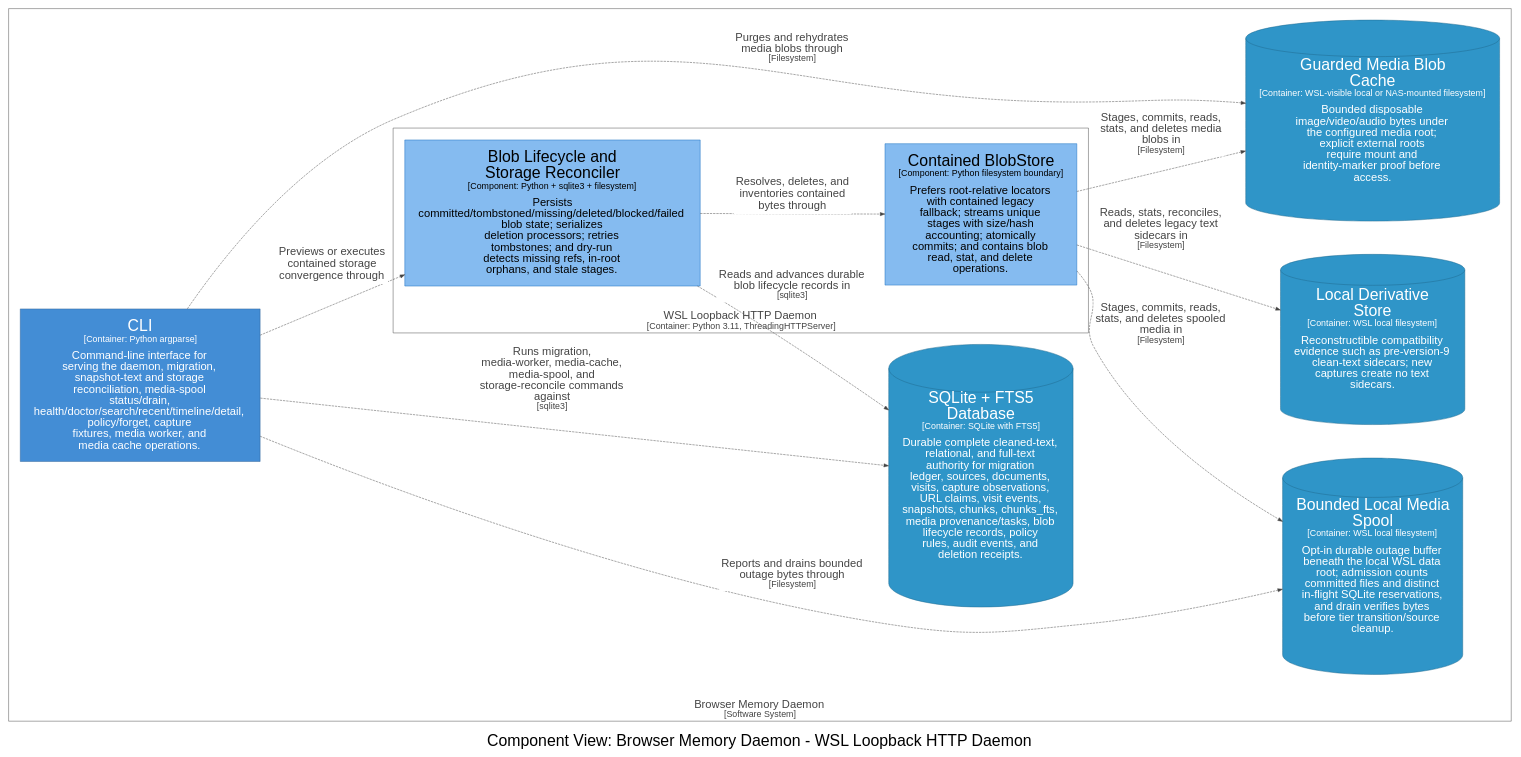
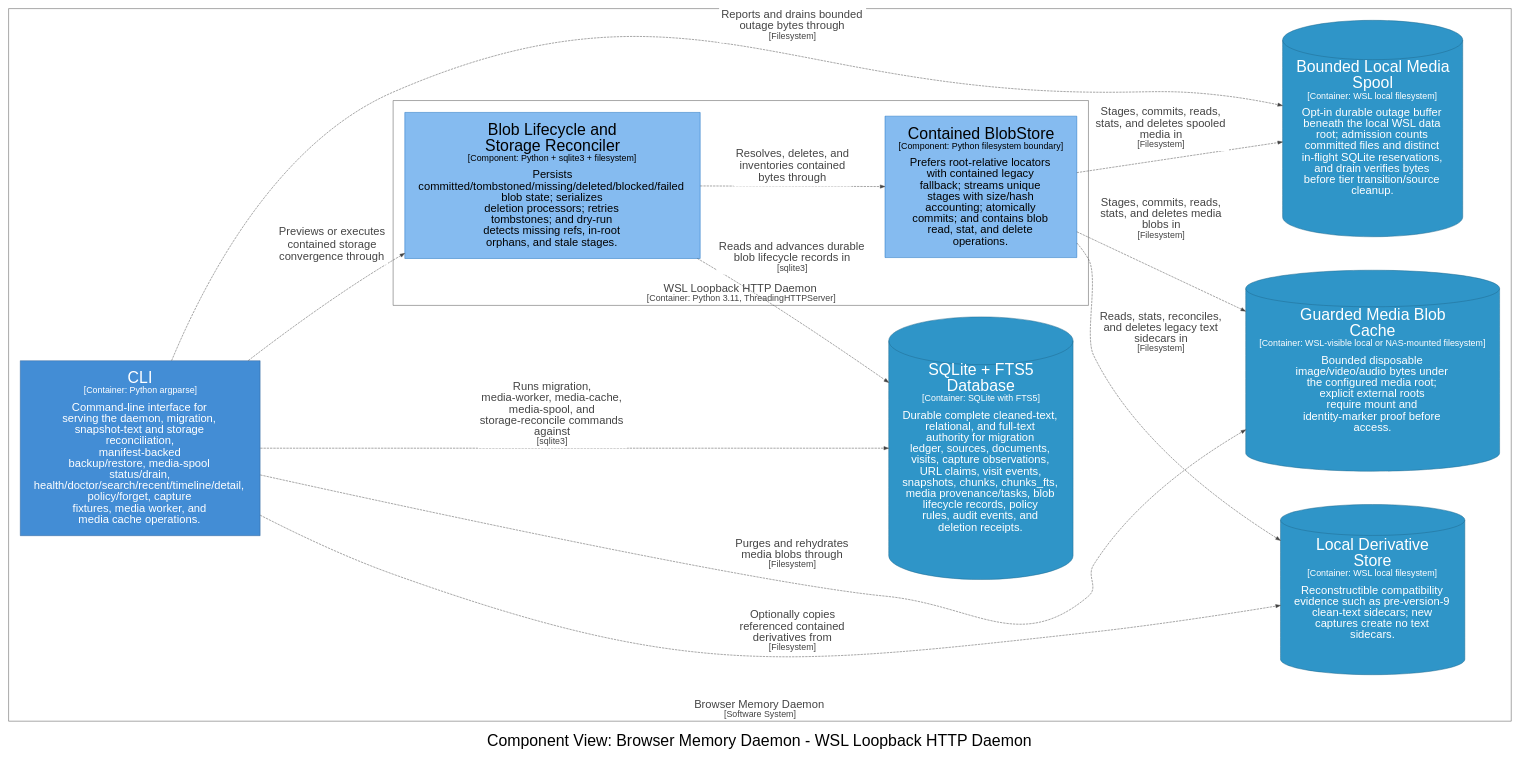
Before and after one commit to michaelnicks0/browser-memory-daemon: the diagram in docs/architecture/diagrams/dot/structurizr-DaemonStorageReconcileComponents.dot, drawn with Graphviz. The commit also changed 153 other files, not shown here.

Commit message:
feat(ops): add manifest-backed backup and restore

```diff
--- a/docs/architecture/diagrams/dot/structurizr-DaemonStorageReconcileComponents.dot
+++ b/docs/architecture/diagrams/dot/structurizr-DaemonStorageReconcileComponents.dot
@@ -1,45 +1,46 @@
 digraph {
   compound=true
   graph [fontname="Arial", rankdir=LR, ranksep=1.0, nodesep=1.0]
   node [fontname="Arial", shape=box, margin="0.4,0.3"]
   edge [fontname="Arial"]
   label=<<br /><font point-size="34">Component View: Browser Memory Daemon - WSL Loopback HTTP Daemon</font>>
 
   subgraph cluster_4 {
     margin=25
     label=<<font point-size="24"><br />Browser Memory Daemon</font><br /><font point-size="19">[Software System]</font>>
     labelloc=b
     color="#444444"
     fontcolor="#444444"
     fillcolor="#444444"
 
     subgraph cluster_14 {
       margin=25
       label=<<font point-size="24"><br />WSL Loopback HTTP Daemon</font><br /><font point-size="19">[Container: Python 3.11, ThreadingHTTPServer]</font>>
       labelloc=b
       color="#444444"
       fontcolor="#444444"
       fillcolor="#444444"
 
       22 [id=22,shape=rect, label=<<font point-size="34">Contained BlobStore</font><br /><font point-size="19">[Component: Python filesystem boundary]</font><br /><br /><font point-size="24">Prefers root-relative locators<br />with contained legacy<br />fallback; streams unique<br />stages with size/hash<br />accounting; atomically<br />commits; and contains blob<br />read, stat, and delete<br />operations.</font>>, style=filled, color="#1168bd", fillcolor="#85bbf0", fontcolor="#000000"]
       23 [id=23,shape=rect, label=<<font point-size="34">Blob Lifecycle and<br />Storage Reconciler</font><br /><font point-size="19">[Component: Python + sqlite3 + filesystem]</font><br /><br /><font point-size="24">Persists<br />committed/tombstoned/missing/deleted/blocked/failed<br />blob state; serializes<br />deletion processors; retries<br />tombstones; and dry-run<br />detects missing refs, in-root<br />orphans, and stale stages.</font>>, style=filled, color="#1168bd", fillcolor="#85bbf0", fontcolor="#000000"]
     }
 
-    29 [id=29,shape=rect, label=<<font point-size="34">CLI</font><br /><font point-size="19">[Container: Python argparse]</font><br /><br /><font point-size="24">Command-line interface for<br />serving the daemon, migration,<br />snapshot-text and storage<br />reconciliation, media-spool<br />status/drain,<br />health/doctor/search/recent/timeline/detail,<br />policy/forget, capture<br />fixtures, media worker, and<br />media cache operations.</font>>, style=filled, color="#2e6295", fillcolor="#438dd5", fontcolor="#ffffff"]
-    30 [id=30,shape=cylinder, label=<<font point-size="34">SQLite + FTS5<br />Database</font><br /><font point-size="19">[Container: SQLite with FTS5]</font><br /><br /><font point-size="24">Durable complete cleaned-text,<br />relational, and full-text<br />authority for migration<br />ledger, sources, documents,<br />visits, capture observations,<br />URL claims, visit events,<br />snapshots, chunks, chunks_fts,<br />media provenance/tasks, blob<br />lifecycle records, policy<br />rules, audit events, and<br />deletion receipts.</font>>, style=filled, color="#20688c", fillcolor="#2f95c8", fontcolor="#ffffff"]
-    31 [id=31,shape=cylinder, label=<<font point-size="34">Local Derivative<br />Store</font><br /><font point-size="19">[Container: WSL local filesystem]</font><br /><br /><font point-size="24">Reconstructible compatibility<br />evidence such as pre-version-9<br />clean-text sidecars; new<br />captures create no text<br />sidecars.</font>>, style=filled, color="#20688c", fillcolor="#2f95c8", fontcolor="#ffffff"]
-    32 [id=32,shape=cylinder, label=<<font point-size="34">Guarded Media Blob<br />Cache</font><br /><font point-size="19">[Container: WSL-visible local or NAS-mounted filesystem]</font><br /><br /><font point-size="24">Bounded disposable<br />image/video/audio bytes under<br />the configured media root;<br />explicit external roots<br />require mount and<br />identity-marker proof before<br />access.</font>>, style=filled, color="#20688c", fillcolor="#2f95c8", fontcolor="#ffffff"]
-    33 [id=33,shape=cylinder, label=<<font point-size="34">Bounded Local Media<br />Spool</font><br /><font point-size="19">[Container: WSL local filesystem]</font><br /><br /><font point-size="24">Opt-in durable outage buffer<br />beneath the local WSL data<br />root; admission counts<br />committed files and distinct<br />in-flight SQLite reservations,<br />and drain verifies bytes<br />before tier transition/source<br />cleanup.</font>>, style=filled, color="#20688c", fillcolor="#2f95c8", fontcolor="#ffffff"]
+    29 [id=29,shape=rect, label=<<font point-size="34">CLI</font><br /><font point-size="19">[Container: Python argparse]</font><br /><br /><font point-size="24">Command-line interface for<br />serving the daemon, migration,<br />snapshot-text and storage<br />reconciliation,<br />manifest-backed<br />backup/restore, media-spool<br />status/drain,<br />health/doctor/search/recent/timeline/detail,<br />policy/forget, capture<br />fixtures, media worker, and<br />media cache operations.</font>>, style=filled, color="#2e6295", fillcolor="#438dd5", fontcolor="#ffffff"]
+    31 [id=31,shape=cylinder, label=<<font point-size="34">SQLite + FTS5<br />Database</font><br /><font point-size="19">[Container: SQLite with FTS5]</font><br /><br /><font point-size="24">Durable complete cleaned-text,<br />relational, and full-text<br />authority for migration<br />ledger, sources, documents,<br />visits, capture observations,<br />URL claims, visit events,<br />snapshots, chunks, chunks_fts,<br />media provenance/tasks, blob<br />lifecycle records, policy<br />rules, audit events, and<br />deletion receipts.</font>>, style=filled, color="#20688c", fillcolor="#2f95c8", fontcolor="#ffffff"]
+    32 [id=32,shape=cylinder, label=<<font point-size="34">Local Derivative<br />Store</font><br /><font point-size="19">[Container: WSL local filesystem]</font><br /><br /><font point-size="24">Reconstructible compatibility<br />evidence such as pre-version-9<br />clean-text sidecars; new<br />captures create no text<br />sidecars.</font>>, style=filled, color="#20688c", fillcolor="#2f95c8", fontcolor="#ffffff"]
+    33 [id=33,shape=cylinder, label=<<font point-size="34">Guarded Media Blob<br />Cache</font><br /><font point-size="19">[Container: WSL-visible local or NAS-mounted filesystem]</font><br /><br /><font point-size="24">Bounded disposable<br />image/video/audio bytes under<br />the configured media root;<br />explicit external roots<br />require mount and<br />identity-marker proof before<br />access.</font>>, style=filled, color="#20688c", fillcolor="#2f95c8", fontcolor="#ffffff"]
+    34 [id=34,shape=cylinder, label=<<font point-size="34">Bounded Local Media<br />Spool</font><br /><font point-size="19">[Container: WSL local filesystem]</font><br /><br /><font point-size="24">Opt-in durable outage buffer<br />beneath the local WSL data<br />root; admission counts<br />committed files and distinct<br />in-flight SQLite reservations,<br />and drain verifies bytes<br />before tier transition/source<br />cleanup.</font>>, style=filled, color="#20688c", fillcolor="#2f95c8", fontcolor="#ffffff"]
   }
 
-  29 -> 30 [id=45, label=<<TABLE BORDER="0" CELLBORDER="0" CELLSPACING="0" CELLPADDING="4" BGCOLOR="white"><TR><TD><font point-size="24">Runs migration,<br />media-worker, media-cache,<br />media-spool, and<br />storage-reconcile commands<br />against</font><br /><font point-size="19">[sqlite3]</font></TD></TR></TABLE>>, style="dashed", color="#444444", fontcolor="#444444"]
-  29 -> 23 [id=46, label=<<TABLE BORDER="0" CELLBORDER="0" CELLSPACING="0" CELLPADDING="4" BGCOLOR="white"><TR><TD><font point-size="24">Previews or executes<br />contained storage<br />convergence through</font></TD></TR></TABLE>>, style="dashed", color="#444444", fontcolor="#444444"]
-  29 -> 32 [id=47, label=<<TABLE BORDER="0" CELLBORDER="0" CELLSPACING="0" CELLPADDING="4" BGCOLOR="white"><TR><TD><font point-size="24">Purges and rehydrates<br />media blobs through</font><br /><font point-size="19">[Filesystem]</font></TD></TR></TABLE>>, style="dashed", color="#444444", fontcolor="#444444"]
-  29 -> 33 [id=48, label=<<TABLE BORDER="0" CELLBORDER="0" CELLSPACING="0" CELLPADDING="4" BGCOLOR="white"><TR><TD><font point-size="24">Reports and drains bounded<br />outage bytes through</font><br /><font point-size="19">[Filesystem]</font></TD></TR></TABLE>>, style="dashed", color="#444444", fontcolor="#444444"]
-  23 -> 30 [id=89, label=<<TABLE BORDER="0" CELLBORDER="0" CELLSPACING="0" CELLPADDING="4" BGCOLOR="white"><TR><TD><font point-size="24">Reads and advances durable<br />blob lifecycle records in</font><br /><font point-size="19">[sqlite3]</font></TD></TR></TABLE>>, style="dashed", color="#444444", fontcolor="#444444"]
-  23 -> 22 [id=90, label=<<TABLE BORDER="0" CELLBORDER="0" CELLSPACING="0" CELLPADDING="4" BGCOLOR="white"><TR><TD><font point-size="24">Resolves, deletes, and<br />inventories contained<br />bytes through</font></TD></TR></TABLE>>, style="dashed", color="#444444", fontcolor="#444444"]
-  22 -> 31 [id=91, label=<<TABLE BORDER="0" CELLBORDER="0" CELLSPACING="0" CELLPADDING="4" BGCOLOR="white"><TR><TD><font point-size="24">Reads, stats, reconciles,<br />and deletes legacy text<br />sidecars in</font><br /><font point-size="19">[Filesystem]</font></TD></TR></TABLE>>, style="dashed", color="#444444", fontcolor="#444444"]
-  22 -> 32 [id=92, label=<<TABLE BORDER="0" CELLBORDER="0" CELLSPACING="0" CELLPADDING="4" BGCOLOR="white"><TR><TD><font point-size="24">Stages, commits, reads,<br />stats, and deletes media<br />blobs in</font><br /><font point-size="19">[Filesystem]</font></TD></TR></TABLE>>, style="dashed", color="#444444", fontcolor="#444444"]
-  22 -> 33 [id=93, label=<<TABLE BORDER="0" CELLBORDER="0" CELLSPACING="0" CELLPADDING="4" BGCOLOR="white"><TR><TD><font point-size="24">Stages, commits, reads,<br />stats, and deletes spooled<br />media in</font><br /><font point-size="19">[Filesystem]</font></TD></TR></TABLE>>, style="dashed", color="#444444", fontcolor="#444444"]
+  29 -> 32 [id=105, label=<<TABLE BORDER="0" CELLBORDER="0" CELLSPACING="0" CELLPADDING="4" BGCOLOR="white"><TR><TD><font point-size="24">Optionally copies<br />referenced contained<br />derivatives from</font><br /><font point-size="19">[Filesystem]</font></TD></TR></TABLE>>, style="dashed", color="#444444", fontcolor="#444444"]
+  29 -> 31 [id=47, label=<<TABLE BORDER="0" CELLBORDER="0" CELLSPACING="0" CELLPADDING="4" BGCOLOR="white"><TR><TD><font point-size="24">Runs migration,<br />media-worker, media-cache,<br />media-spool, and<br />storage-reconcile commands<br />against</font><br /><font point-size="19">[sqlite3]</font></TD></TR></TABLE>>, style="dashed", color="#444444", fontcolor="#444444"]
+  29 -> 23 [id=48, label=<<TABLE BORDER="0" CELLBORDER="0" CELLSPACING="0" CELLPADDING="4" BGCOLOR="white"><TR><TD><font point-size="24">Previews or executes<br />contained storage<br />convergence through</font></TD></TR></TABLE>>, style="dashed", color="#444444", fontcolor="#444444"]
+  29 -> 33 [id=49, label=<<TABLE BORDER="0" CELLBORDER="0" CELLSPACING="0" CELLPADDING="4" BGCOLOR="white"><TR><TD><font point-size="24">Purges and rehydrates<br />media blobs through</font><br /><font point-size="19">[Filesystem]</font></TD></TR></TABLE>>, style="dashed", color="#444444", fontcolor="#444444"]
+  29 -> 34 [id=50, label=<<TABLE BORDER="0" CELLBORDER="0" CELLSPACING="0" CELLPADDING="4" BGCOLOR="white"><TR><TD><font point-size="24">Reports and drains bounded<br />outage bytes through</font><br /><font point-size="19">[Filesystem]</font></TD></TR></TABLE>>, style="dashed", color="#444444", fontcolor="#444444"]
+  23 -> 31 [id=92, label=<<TABLE BORDER="0" CELLBORDER="0" CELLSPACING="0" CELLPADDING="4" BGCOLOR="white"><TR><TD><font point-size="24">Reads and advances durable<br />blob lifecycle records in</font><br /><font point-size="19">[sqlite3]</font></TD></TR></TABLE>>, style="dashed", color="#444444", fontcolor="#444444"]
+  23 -> 22 [id=93, label=<<TABLE BORDER="0" CELLBORDER="0" CELLSPACING="0" CELLPADDING="4" BGCOLOR="white"><TR><TD><font point-size="24">Resolves, deletes, and<br />inventories contained<br />bytes through</font></TD></TR></TABLE>>, style="dashed", color="#444444", fontcolor="#444444"]
+  22 -> 32 [id=94, label=<<TABLE BORDER="0" CELLBORDER="0" CELLSPACING="0" CELLPADDING="4" BGCOLOR="white"><TR><TD><font point-size="24">Reads, stats, reconciles,<br />and deletes legacy text<br />sidecars in</font><br /><font point-size="19">[Filesystem]</font></TD></TR></TABLE>>, style="dashed", color="#444444", fontcolor="#444444"]
+  22 -> 33 [id=95, label=<<TABLE BORDER="0" CELLBORDER="0" CELLSPACING="0" CELLPADDING="4" BGCOLOR="white"><TR><TD><font point-size="24">Stages, commits, reads,<br />stats, and deletes media<br />blobs in</font><br /><font point-size="19">[Filesystem]</font></TD></TR></TABLE>>, style="dashed", color="#444444", fontcolor="#444444"]
+  22 -> 34 [id=96, label=<<TABLE BORDER="0" CELLBORDER="0" CELLSPACING="0" CELLPADDING="4" BGCOLOR="white"><TR><TD><font point-size="24">Stages, commits, reads,<br />stats, and deletes spooled<br />media in</font><br /><font point-size="19">[Filesystem]</font></TD></TR></TABLE>>, style="dashed", color="#444444", fontcolor="#444444"]
 
 }
```
